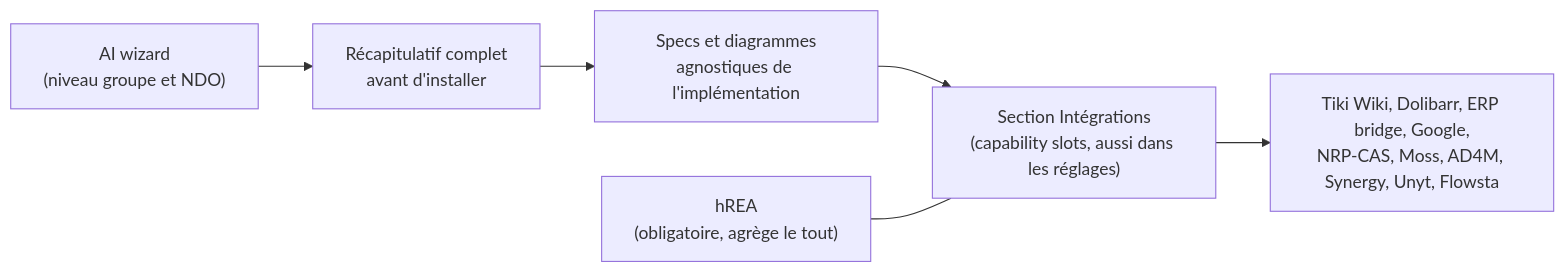
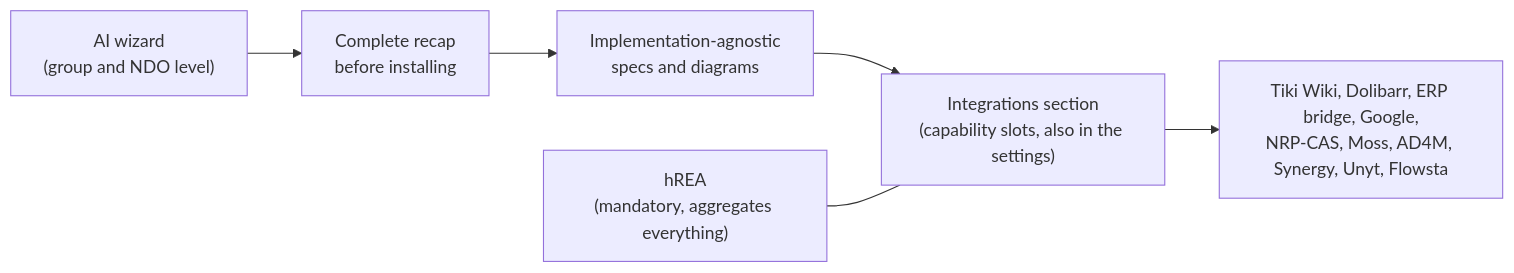
Before and after one commit to Sensorica/nondominium-design-system: the second of 3 diagrams in content/meetings/2026-10-13-dev.md, drawn with Mermaid. The commit also changed other lines of this file and 14 other files, not shown here.

````diff
--- a/content/meetings/2026-10-13-dev.md
+++ b/content/meetings/2026-10-13-dev.md
@@ -57,9 +58,9 @@
 ```mermaid
-%% caption: L'AI wizard : du récapitulatif aux intégrations par la capability surface
+%% caption: The AI wizard: from the recap to the integrations through the capability surface
 flowchart LR
-    W["AI wizard<br/>(niveau groupe et NDO)"] --> R["Récapitulatif complet<br/>avant d'installer"]
-    R --> SP["Specs et diagrammes<br/>agnostiques de l'implémentation"]
-    SP --> INT["Section Intégrations<br/>(capability slots, aussi dans les réglages)"]
+    W["AI wizard<br/>(group and NDO level)"] --> R["Complete recap<br/>before installing"]
+    R --> SP["Implementation-agnostic<br/>specs and diagrams"]
+    SP --> INT["Integrations section<br/>(capability slots, also in the settings)"]
     INT --> T["Tiki Wiki, Dolibarr, ERP bridge, Google,<br/>NRP-CAS, Moss, AD4M, Synergy, Unyt, Flowsta"]
-    H["hREA<br/>(obligatoire, agrège le tout)"] --- INT
+    H["hREA<br/>(mandatory, aggregates everything)"] --- INT
 ```
````
